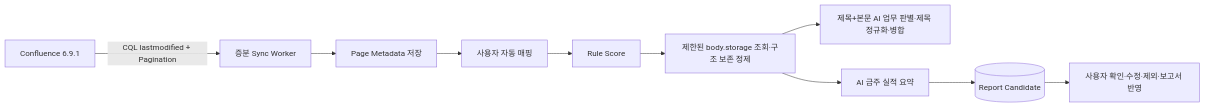
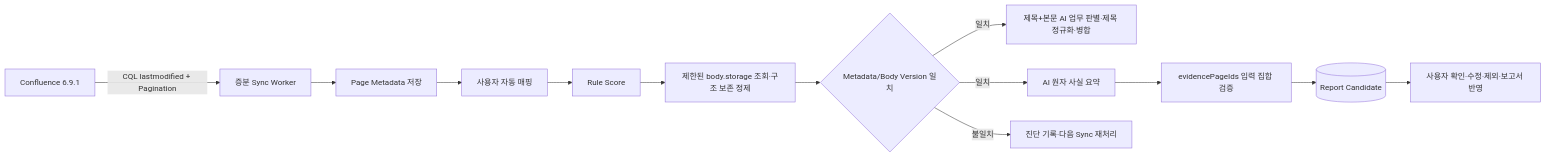
One commit to hkjang/weekly changed the diagram in docs/CONFLUENCE.md. Above: the diagram before and after it, drawn with Mermaid. The commit also changed other lines of this file and 30 other files, not shown here.

````diff
--- a/docs/CONFLUENCE.md
+++ b/docs/CONFLUENCE.md
@@ -11,12 +11,15 @@
 ```mermaid
 flowchart LR
   C[Confluence 6.9.1] -->|CQL lastmodified + Pagination| W[증분 Sync Worker]
   W --> M[Page Metadata 저장]
   M --> I[사용자 자동 매핑]
   I --> R[Rule Score]
   R --> B[제한된 body.storage 조회·구조 보존 정제]
-  B --> A[제목+본문 AI 업무 판별·제목 정규화·병합]
-  B --> S[AI 금주 실적 요약]
-  S --> P[(Report Candidate)]
+  B --> V{Metadata/Body Version 일치}
+  V -->|일치| A[제목+본문 AI 업무 판별·제목 정규화·병합]
+  V -->|일치| S[AI 원자 사실 요약]
+  V -->|불일치| N[진단 기록·다음 Sync 재처리]
+  S --> G[evidencePageIds 입력 집합 검증]
+  G --> P[(Report Candidate)]
   P --> U[사용자 확인·수정·제외·보고서 반영]
 ```
````
